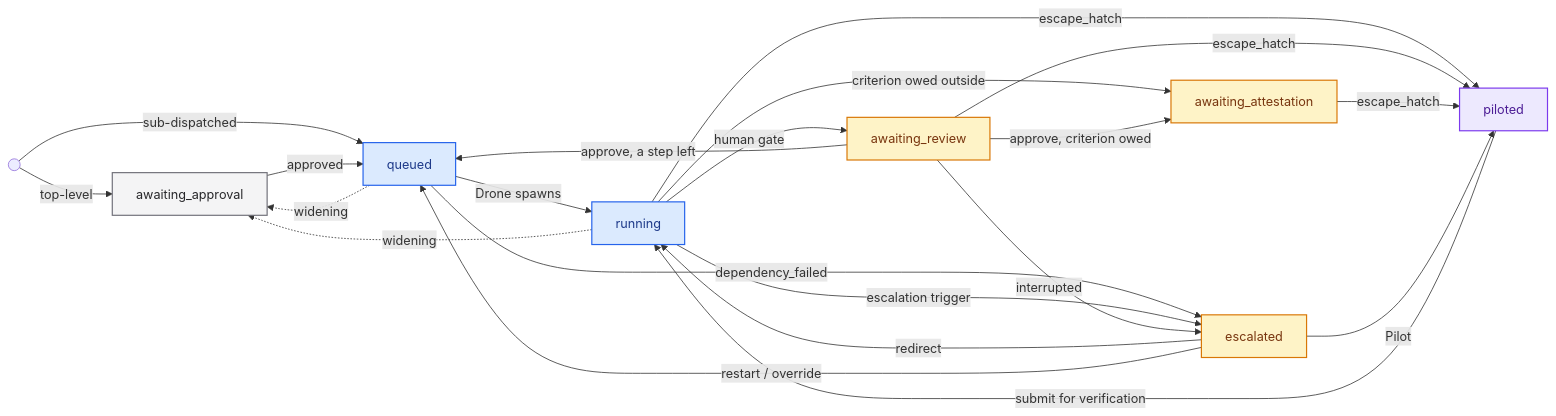
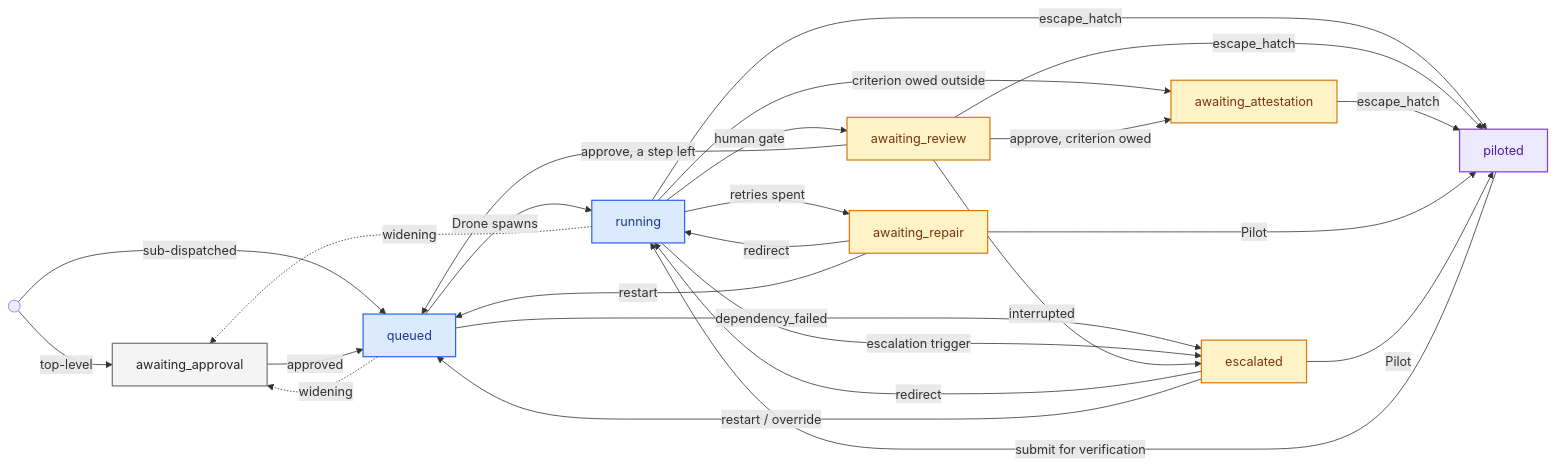
The second of 3 diagrams in docs/concepts/job.md (NickMele/armada), drawn with Mermaid before and after one commit. The commit also changed other lines of this file and 29 other files, not shown here.

````diff
--- a/docs/concepts/job.md
+++ b/docs/concepts/job.md
@@ -91,39 +91,44 @@
 ```mermaid
 flowchart LR
   classDef gate fill:#f4f4f5,stroke:#71717a,stroke-width:1.5px,color:#27272a
   classDef drone fill:#dbeafe,stroke:#2563eb,stroke-width:1.5px,color:#1e3a8a
   classDef waited fill:#fef3c7,stroke:#d97706,stroke-width:1.5px,color:#78350f
   classDef worked fill:#ede9fe,stroke:#7c3aed,stroke-width:1.5px,color:#4c1d95
 
   START(( )) -->|top-level| AA
   START -->|sub-dispatched| Q
 
   AA["awaiting_approval"] -->|approved| Q["queued"]
   Q -->|Drone spawns| R["running"]
 
   R -->|human gate| AR["awaiting_review"]
   AR -->|"approve, a step left"| Q
 
   R -->|criterion owed outside| AT["awaiting_attestation"]
   AR -->|"approve, criterion owed"| AT
 
+  R -->|retries spent| REP["awaiting_repair"]
+  REP -->|redirect| R
+  REP -->|restart| Q
+
   Q -->|dependency_failed| ESC["escalated"]
   R -->|escalation trigger| ESC
   AR -->|interrupted| ESC
   ESC -->|redirect| R
   ESC -->|"restart / override"| Q
 
   R -->|escape_hatch| P["piloted"]
   AR -->|escape_hatch| P
   AT -->|escape_hatch| P
+  REP -->|Pilot| P
   ESC -->|Pilot| P
   P -->|submit for verification| R
 
   Q -.->|widening| AA
   R -.->|widening| AA
 
   class AA gate
   class Q,R drone
-  class AR,ESC,AT waited
+  class AR,REP,ESC,AT waited
   class P worked
 ```
````
